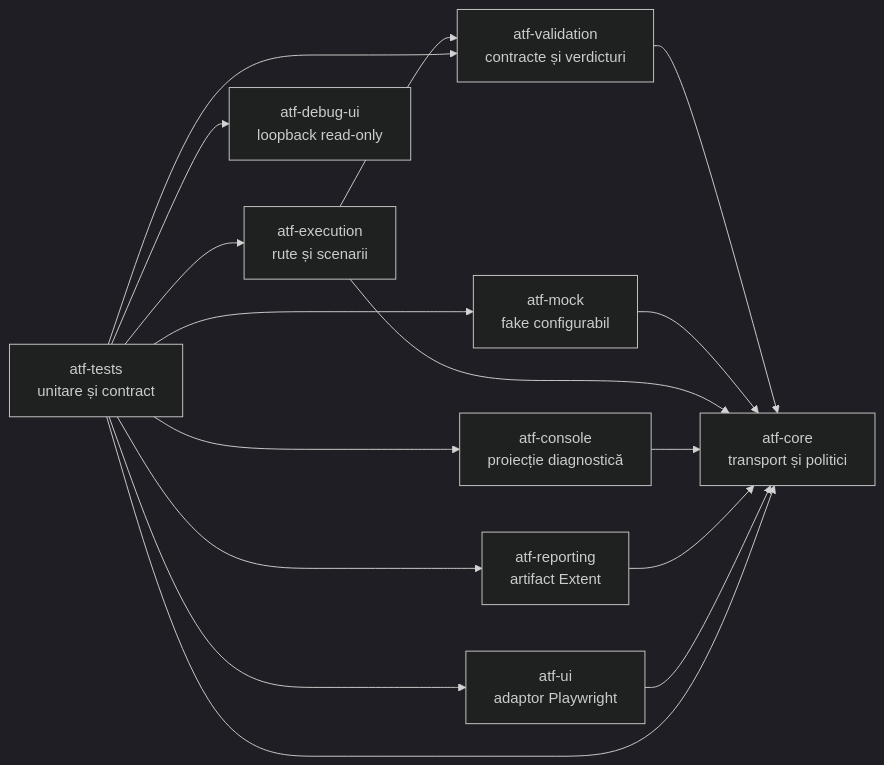
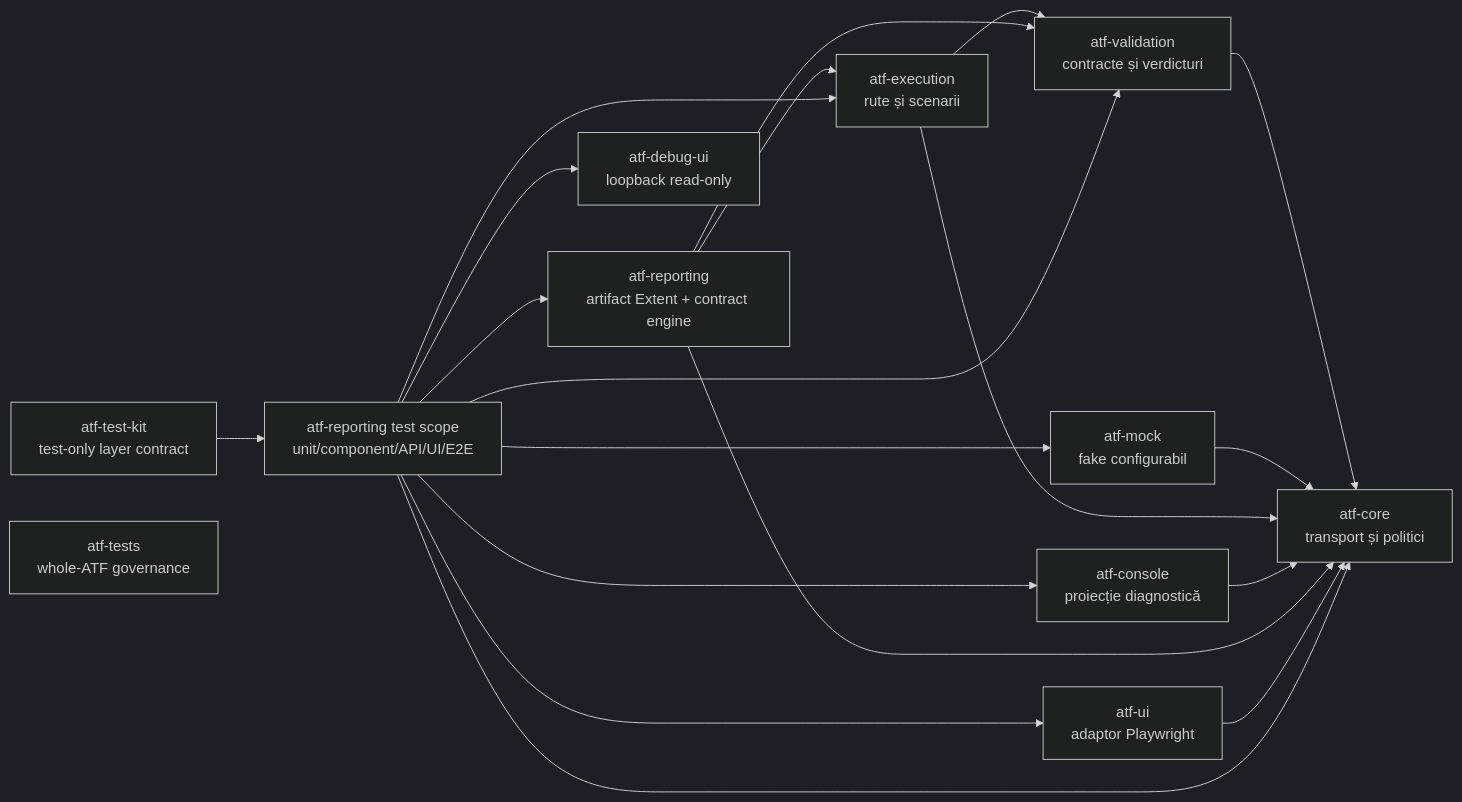
One commit to crististefanita/demo2 changed the first of 9 diagrams in docs/ATF_Architecture.md. Above: the diagram before and after it, drawn with Mermaid (dark theme). The commit also changed other lines of this file and 647 other files, not shown here.

```diff
--- a/docs/ATF_Architecture.md
+++ b/docs/ATF_Architecture.md
@@ -7,19 +7,23 @@
 ~~~mermaid
 flowchart LR
     Validation[atf-validation<br/>contracte și verdicturi] --> Core[atf-core<br/>transport și politici]
     Mock[atf-mock<br/>fake configurabil] --> Core
     Execution[atf-execution<br/>rute și scenarii] --> Validation
     Execution --> Core
     Console[atf-console<br/>proiecție diagnostică] --> Core
-    Reporting[atf-reporting<br/>artifact Extent] --> Core
+    Reporting[atf-reporting<br/>artifact Extent + contract engine] --> Core
+    Reporting --> Validation
+    Reporting --> Execution
     Ui[atf-ui<br/>adaptor Playwright] --> Core
     DebugUi[atf-debug-ui<br/>loopback read-only]
-    Tests[atf-tests<br/>unitare și contract] --> Execution
-    Tests --> Mock
-    Tests --> Validation
-    Tests --> Console
-    Tests --> Reporting
-    Tests --> Ui
-    Tests --> DebugUi
-    Tests --> Core
+    TestKit[atf-test-kit<br/>test-only layer contract] --> ReportingTests
+    ReportingTests[atf-reporting test scope<br/>unit/component/API/UI/E2E] --> Execution
+    ReportingTests --> Mock
+    ReportingTests --> Validation
+    ReportingTests --> Console
+    ReportingTests --> Reporting
+    ReportingTests --> Ui
+    ReportingTests --> DebugUi
+    ReportingTests --> Core
+    Tests[atf-tests<br/>whole-ATF governance]
 ~~~
```
